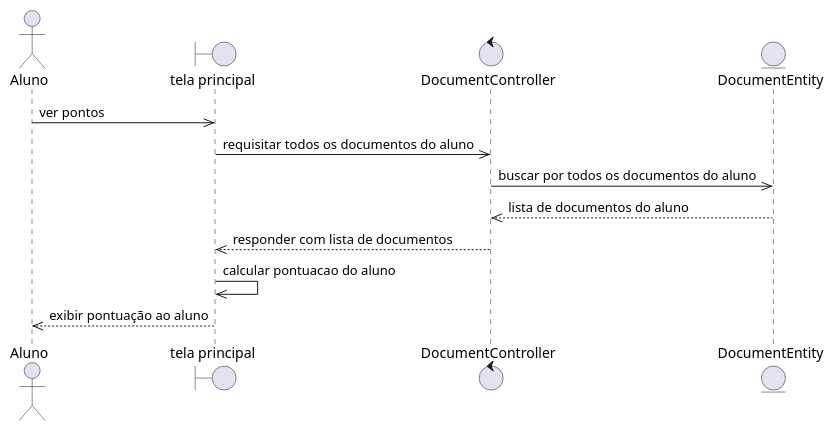
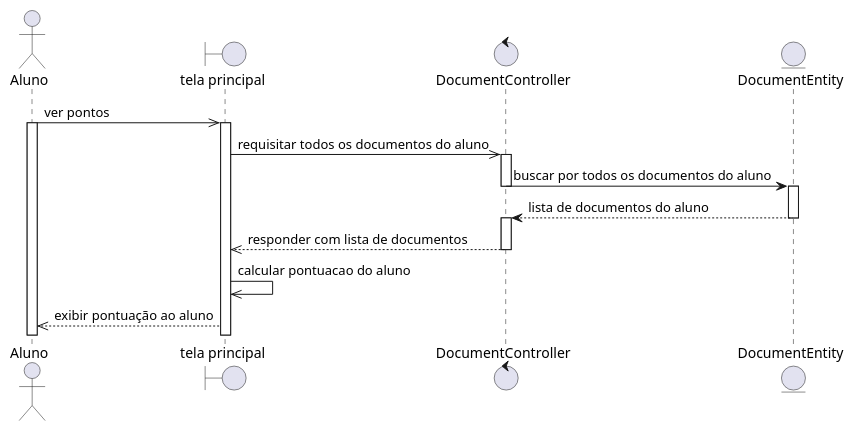
One commit to rodrigoRolim/CAdiagrams changed the diagram in sequence/student/student.pontuation.wsd. Above: the diagram before and after it, drawn with PlantUML. The commit also changed 7 other files, not shown here.

```diff
--- a/sequence/student/student.pontuation.wsd
+++ b/sequence/student/student.pontuation.wsd
@@ -1,14 +1,22 @@
 @startuml
 actor Aluno
 boundary "tela principal" as home
 control DocumentController as controller
 entity DocumentEntity as model
 
 Aluno ->> home: ver pontos
+activate Aluno
+activate home
 home ->> controller: requisitar todos os documentos do aluno
-controller ->> model: buscar por todos os documentos do aluno
-model -->> controller: lista de documentos do aluno
+activate controller
+controller -> model: buscar por todos os documentos do aluno
+deactivate controller
+activate model
+model --> controller: lista de documentos do aluno
+deactivate model
+activate controller
 controller -->> home: responder com lista de documentos
+deactivate controller
 home ->> home: calcular pontuacao do aluno
 home -->> Aluno: exibir pontuação ao aluno 
 @enduml
```
